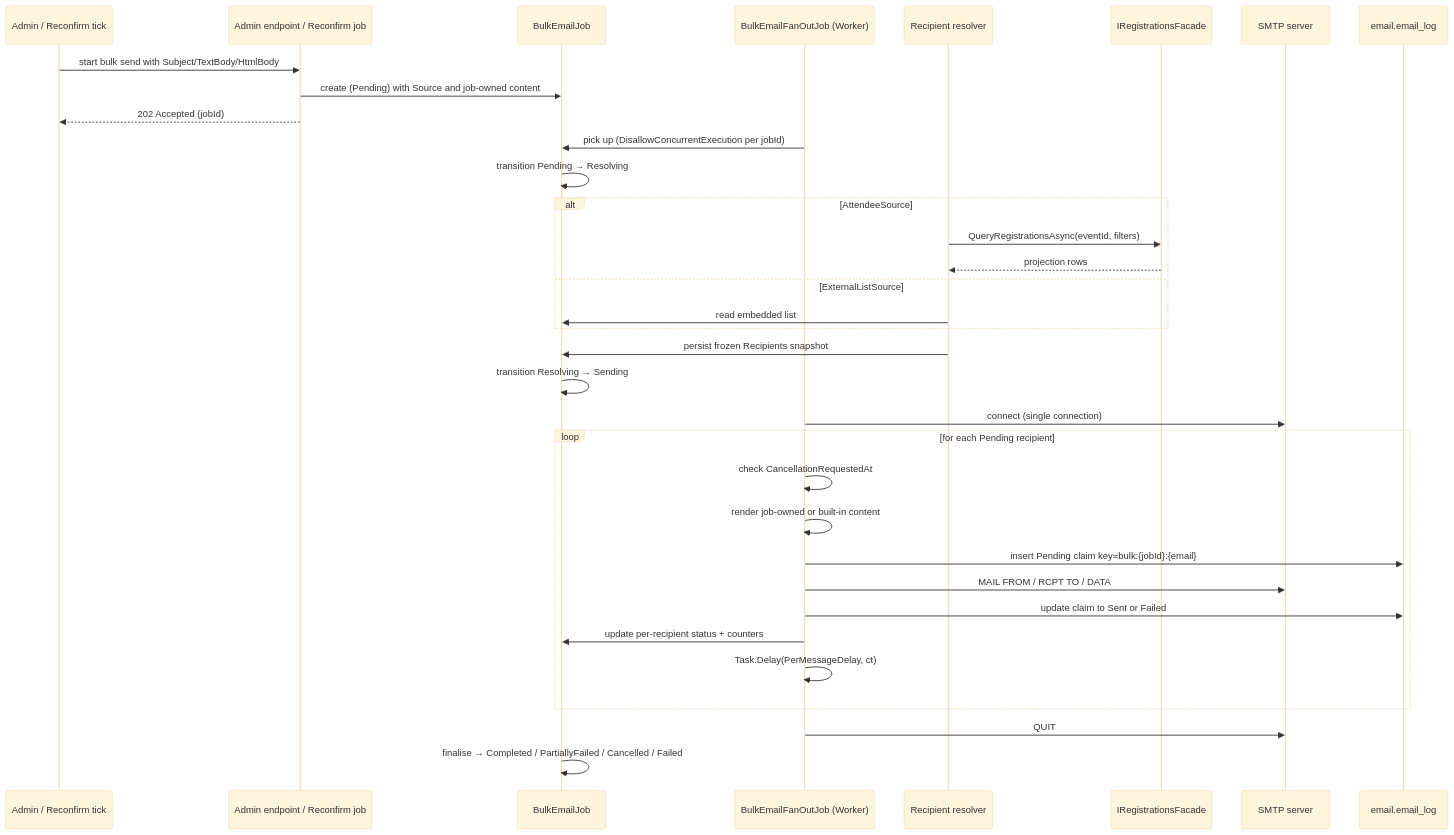
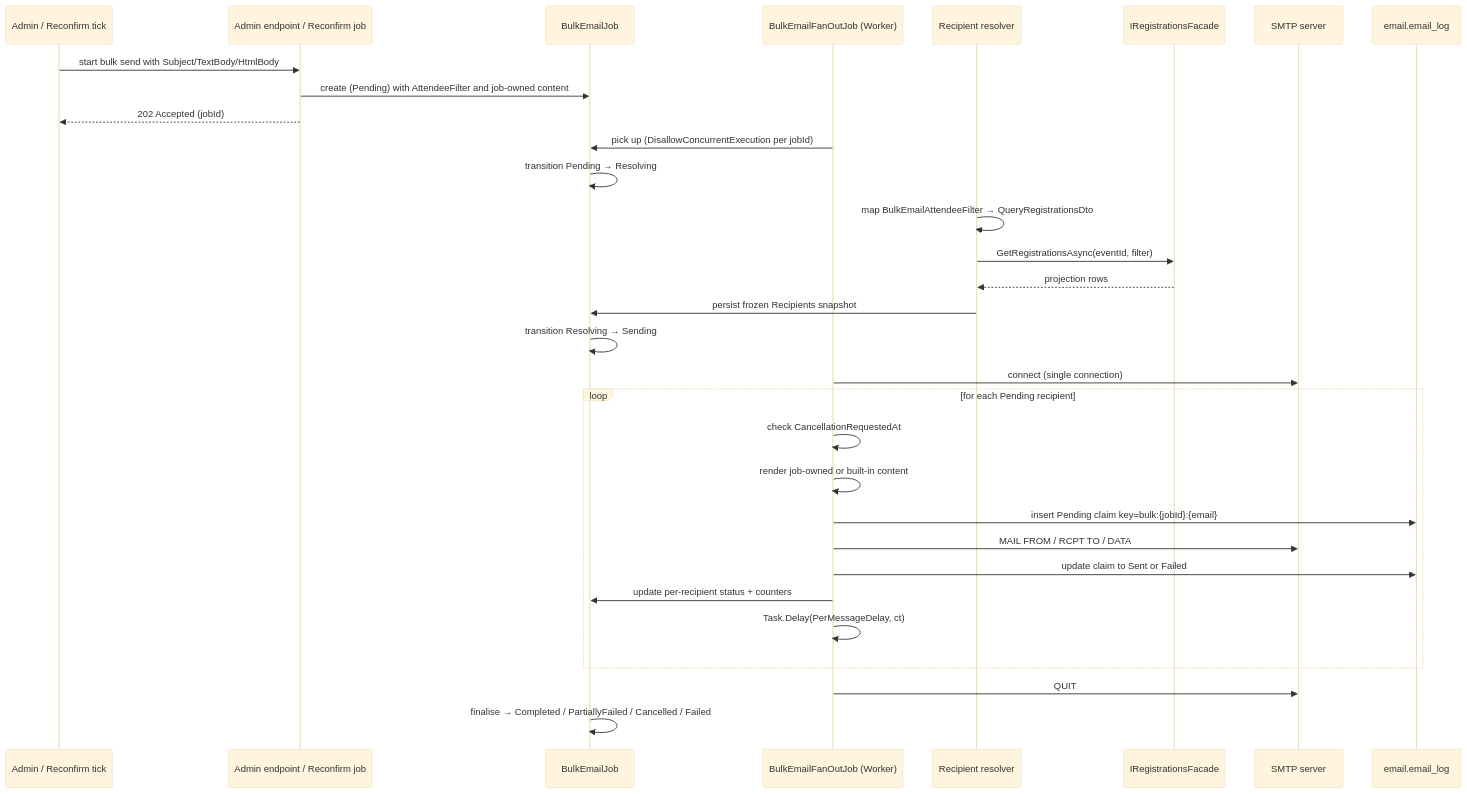
The ninth of 12 diagrams in docs/arc42/06-runtime-view.md (amolenk/Admitto), drawn with Mermaid (base theme) before and after one commit. The commit also changed other lines of this file and 52 other files, not shown here.

Commit message:
Simplified bulk email

````diff
--- a/docs/arc42/06-runtime-view.md
+++ b/docs/arc42/06-runtime-view.md
@@ -267,37 +267,34 @@
 ```mermaid
 sequenceDiagram
     participant Admin as Admin / Reconfirm tick
     participant Endpoint as Admin endpoint / Reconfirm job
     participant Job as BulkEmailJob
     participant FanOut as BulkEmailFanOutJob (Worker)
     participant Resolver as Recipient resolver
     participant Facade as IRegistrationsFacade
     participant SMTP as SMTP server
     participant EmailLog as email.email_log
 
     Admin->>Endpoint: start bulk send with Subject/TextBody/HtmlBody
-    Endpoint->>Job: create (Pending) with Source and job-owned content
+    Endpoint->>Job: create (Pending) with AttendeeFilter and job-owned content
     Endpoint-->>Admin: 202 Accepted (jobId)
     FanOut->>Job: pick up (DisallowConcurrentExecution per jobId)
     Job->>Job: transition Pending → Resolving
-    alt AttendeeSource
-      Resolver->>Facade: QueryRegistrationsAsync(eventId, filters)
-      Facade-->>Resolver: projection rows
-    else ExternalListSource
-      Resolver->>Job: read embedded list
-    end
+    Resolver->>Resolver: map BulkEmailAttendeeFilter → QueryRegistrationsDto
+    Resolver->>Facade: GetRegistrationsAsync(eventId, filter)
+    Facade-->>Resolver: projection rows
     Resolver->>Job: persist frozen Recipients snapshot
     Job->>Job: transition Resolving → Sending
     FanOut->>SMTP: connect (single connection)
     loop for each Pending recipient
       FanOut->>FanOut: check CancellationRequestedAt
       FanOut->>FanOut: render job-owned or built-in content
       FanOut->>EmailLog: insert Pending claim key=bulk:{jobId}:{email}
       FanOut->>SMTP: MAIL FROM / RCPT TO / DATA
       FanOut->>EmailLog: update claim to Sent or Failed
       FanOut->>Job: update per-recipient status + counters
       FanOut->>FanOut: Task.Delay(PerMessageDelay, ct)
     end
     FanOut->>SMTP: QUIT
     Job->>Job: finalise → Completed / PartiallyFailed / Cancelled / Failed
 ```
````
